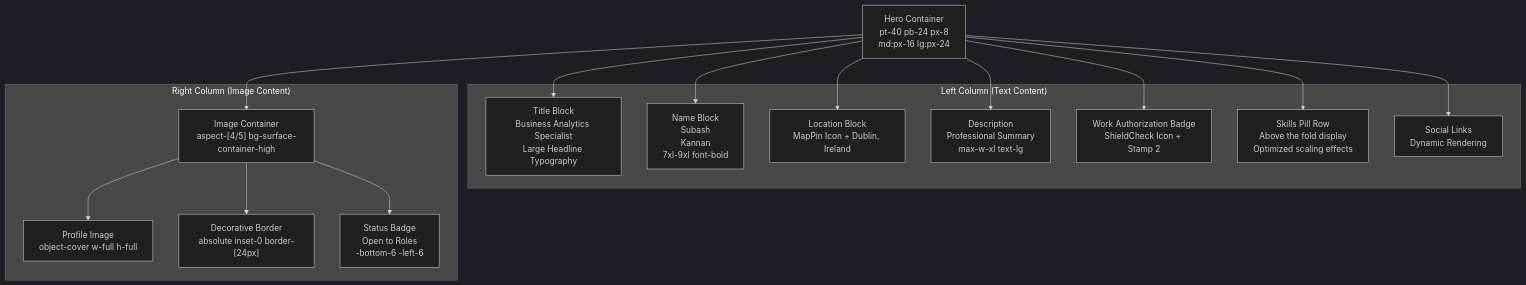
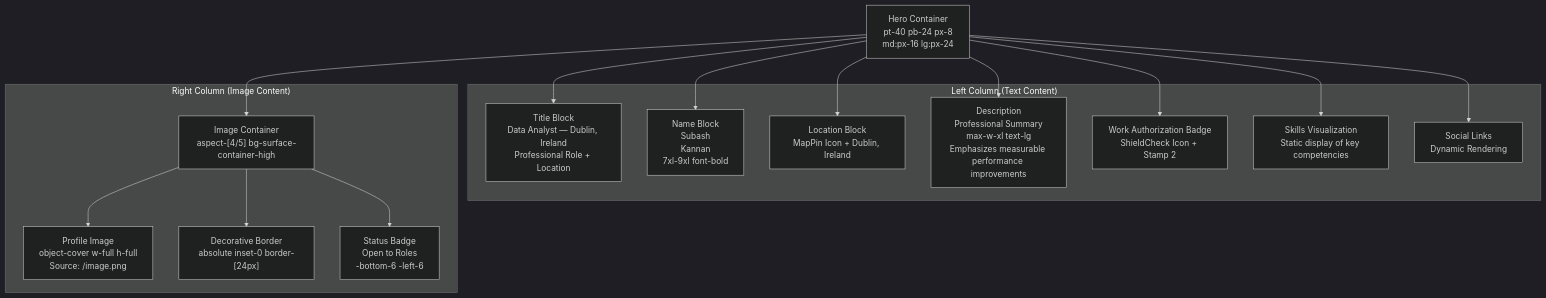
The fifth of 6 diagrams in .qoder/repowiki/en/content/Component Library & UI Elements/Hero Component.md (subash7781/Portfolio), drawn with Mermaid (dark theme) before and after one commit. The commit also changed other lines of this file and 5 other files, not shown here.

````diff
--- a/.qoder/repowiki/en/content/Component Library & UI Elements/Hero Component.md
+++ b/.qoder/repowiki/en/content/Component Library & UI Elements/Hero Component.md
@@ -233,30 +233,30 @@
 ```mermaid
 flowchart TD
 HeroContainer["Hero Container<br/>pt-40 pb-24 px-8<br/>md:px-16 lg:px-24"]
 subgraph "Left Column (Text Content)"
-TitleBlock["Title Block<br/>Business Analytics Specialist<br/>Large Headline Typography"]
+TitleBlock["Title Block<br/>Data Analyst — Dublin, Ireland<br/>Professional Role + Location"]
 NameBlock["Name Block<br/>Subash<br/>Kannan<br/>7xl-9xl font-bold"]
 LocationBlock["Location Block<br/>MapPin Icon + Dublin, Ireland"]
-DescriptionBlock["Description<br/>Professional Summary<br/>max-w-xl text-lg"]
+DescriptionBlock["Description<br/>Professional Summary<br/>max-w-xl text-lg<br/>Emphasizes measurable performance improvements"]
 WorkAuthBadge["Work Authorization Badge<br/>ShieldCheck Icon + Stamp 2"]
-SkillsPillRow["Skills Pill Row<br/>Above the fold display<br/>Optimized scaling effects"]
+SkillsVisualization["Skills Visualization<br/>Static display of key competencies"]
 SocialBlock["Social Links<br/>Dynamic Rendering"]
 end
 subgraph "Right Column (Image Content)"
 ImageContainer["Image Container<br/>aspect-[4/5] bg-surface-container-high"]
-ProfileImage["Profile Image<br/>object-cover w-full h-full"]
+ProfileImage["Profile Image<br/>object-cover w-full h-full<br/>Source: /image.png"]
 DecorativeBorder["Decorative Border<br/>absolute inset-0 border-[24px]"]
 StatusBadge["Status Badge<br/>Open to Roles<br/>-bottom-6 -left-6"]
 end
 HeroContainer --> TitleBlock
 HeroContainer --> NameBlock
 HeroContainer --> LocationBlock
 HeroContainer --> DescriptionBlock
 HeroContainer --> WorkAuthBadge
-HeroContainer --> SkillsPillRow
+HeroContainer --> SkillsVisualization
 HeroContainer --> SocialBlock
 HeroContainer --> ImageContainer
 ImageContainer --> ProfileImage
 ImageContainer --> DecorativeBorder
 ImageContainer --> StatusBadge
 ```
````
